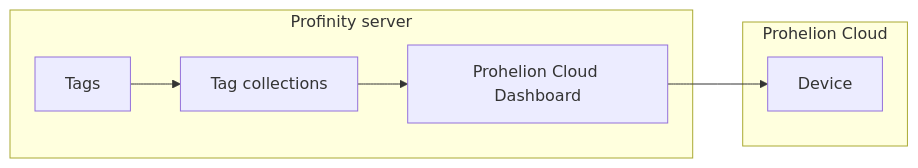
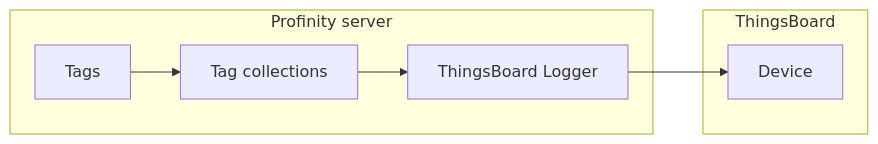
Before and after one commit to Prohelion/prohelion.github.io: the diagram in docs/Software/Profinity/Components/Cloud_Dashboard/Prohelion_Cloud_Dashboard.md, drawn with Mermaid. The commit also changed other lines of this file and 9 other files, not shown here.

Commit message:
Rename the Cloud Dashboard docs to the ThingsBoard Logger plugin.

````diff
--- a/docs/Software/Profinity/Components/Cloud_Dashboard/Prohelion_Cloud_Dashboard.md
+++ b/docs/Software/Profinity/Components/Cloud_Dashboard/Prohelion_Cloud_Dashboard.md
@@ -19,10 +21,10 @@
 ```mermaid
 flowchart LR
     subgraph Server["Profinity server"]
-        Tags --> Collections["Tag collections"] --> Component["Prohelion Cloud Dashboard"]
+        Tags --> Collections["Tag collections"] --> Component["ThingsBoard Logger"]
     end
-    subgraph Cloud["Prohelion Cloud"]
+    subgraph Cloud["ThingsBoard"]
         Device
     end
     Component --> Device
 ```
````
